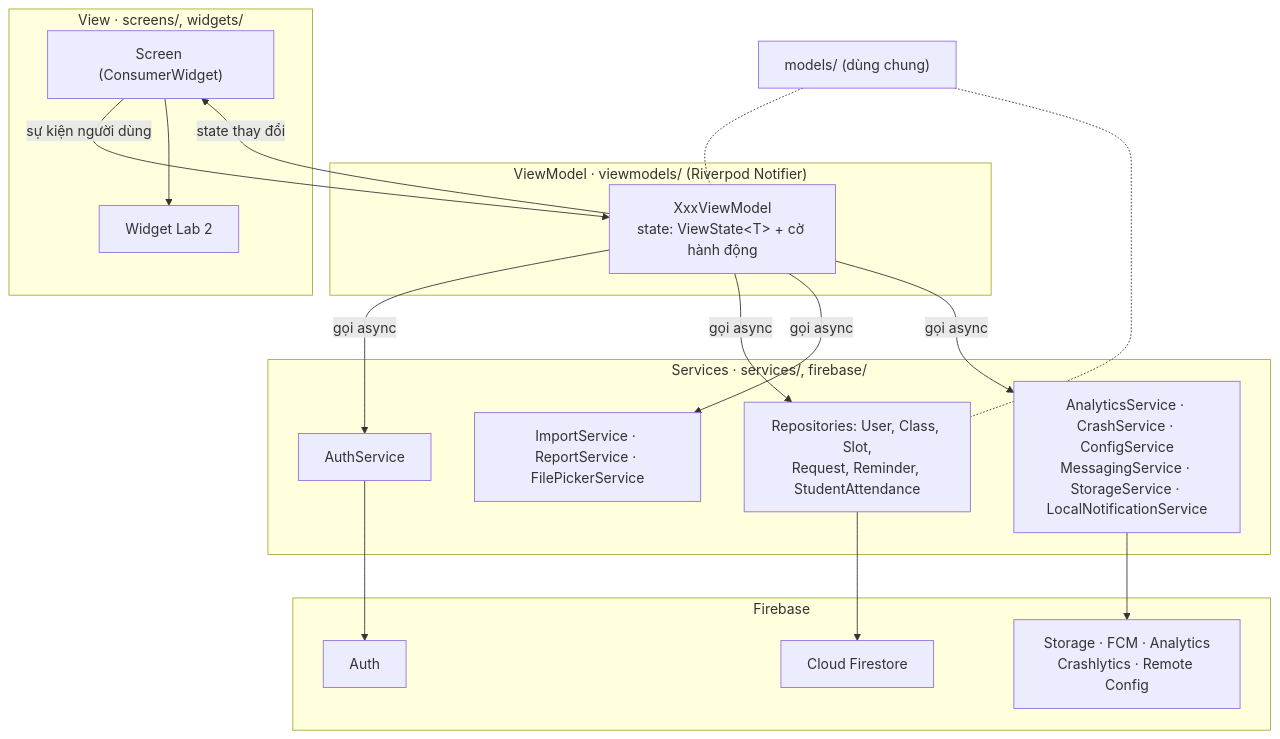
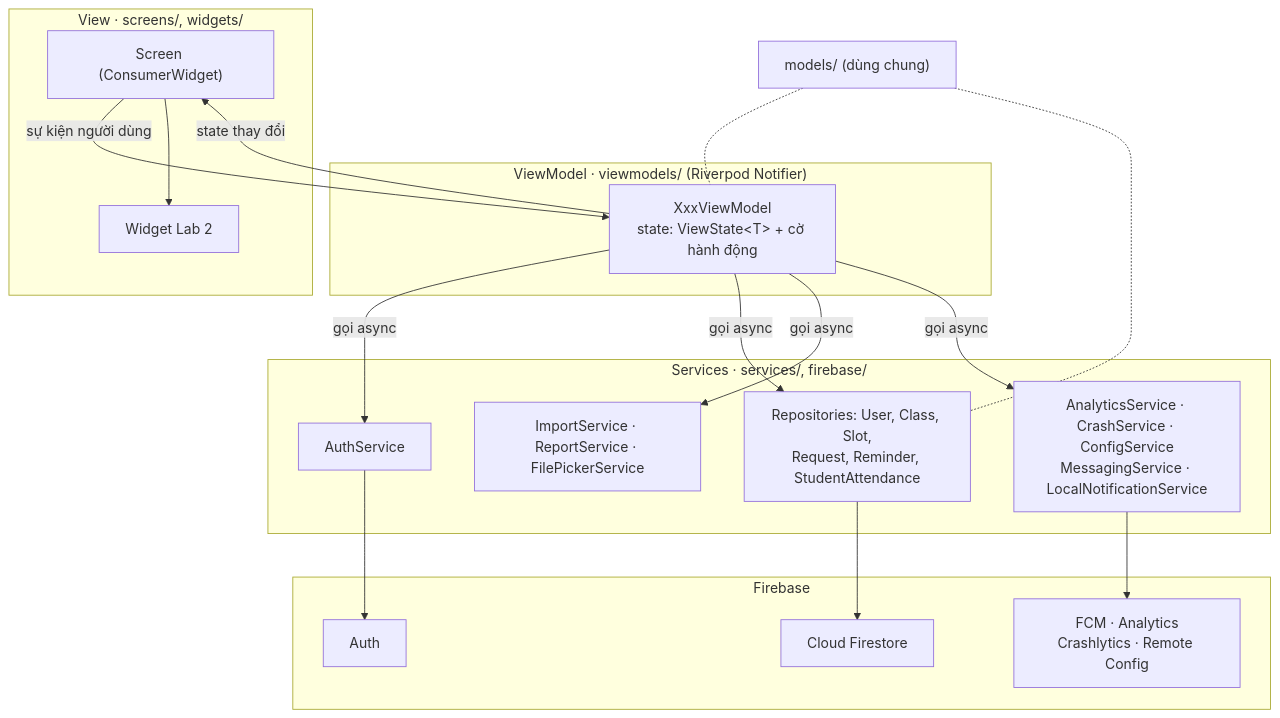
One commit to thiengthb/PRM393_Lab03_SE190533 changed the first of 2 diagrams in docs/architecture.md. Above: the diagram before and after it, drawn with Mermaid. The commit also changed other lines of this file and 18 other files, not shown here.

````diff
--- a/docs/architecture.md
+++ b/docs/architecture.md
@@ -31,31 +32,31 @@
 ```mermaid
 flowchart TB
     subgraph View["View · screens/, widgets/"]
         S["Screen (ConsumerWidget)"]
         W["Widget Lab 2"]
     end
     subgraph VM["ViewModel · viewmodels/ (Riverpod Notifier)"]
         V["XxxViewModel<br/>state: ViewState&lt;T&gt; + cờ hành động"]
     end
     subgraph SVC["Services · services/, firebase/"]
         A["AuthService"]
         R["Repositories: User, Class, Slot,<br/>Request, Reminder, StudentAttendance"]
         I["ImportService · ReportService · FilePickerService"]
-        F["AnalyticsService · CrashService · ConfigService<br/>MessagingService · StorageService · LocalNotificationService"]
+        F["AnalyticsService · CrashService · ConfigService<br/>MessagingService · LocalNotificationService"]
     end
     subgraph SDK["Firebase"]
         FA["Auth"]
         FS["Cloud Firestore"]
-        FB["Storage · FCM · Analytics<br/>Crashlytics · Remote Config"]
+        FB["FCM · Analytics<br/>Crashlytics · Remote Config"]
     end
     M["models/ (dùng chung)"]
     S -->|"sự kiện người dùng"| V
     V -->|"state thay đổi"| S
     S --> W
     V -->|"gọi async"| A & R & I & F
     A --> FA
     R --> FS
     F --> FB
     M -.- V
     M -.- R
 ```
````
